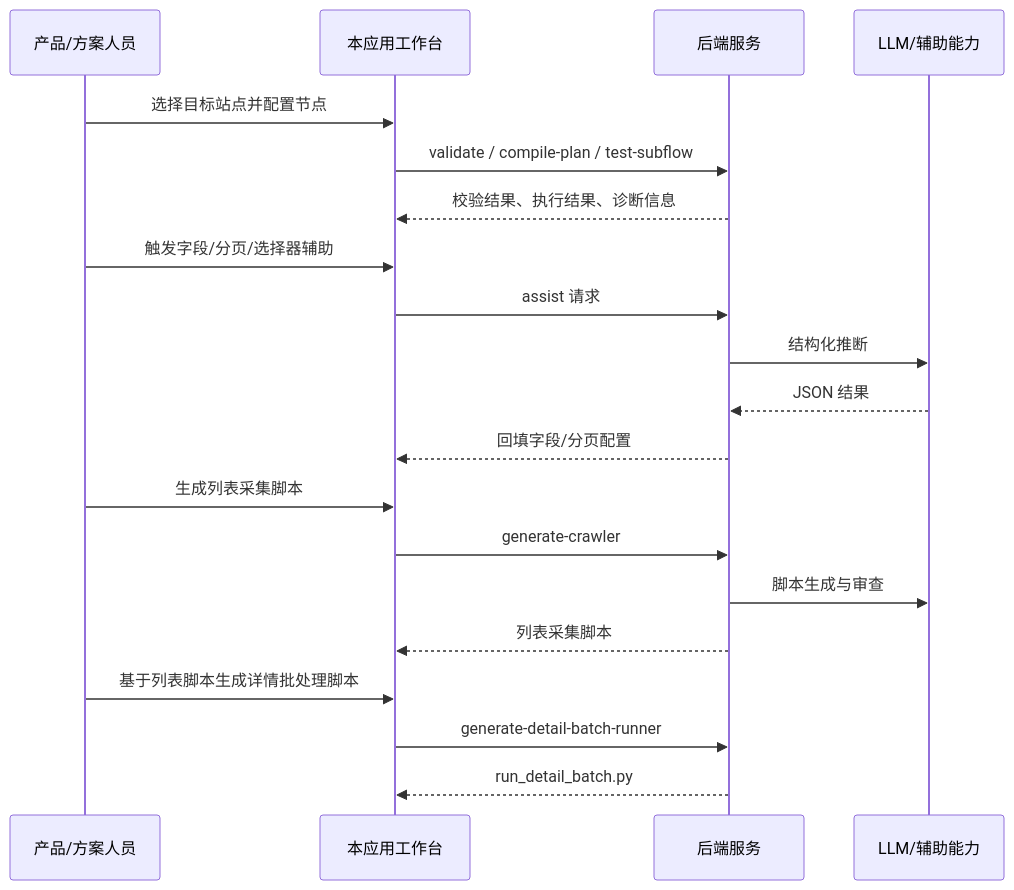
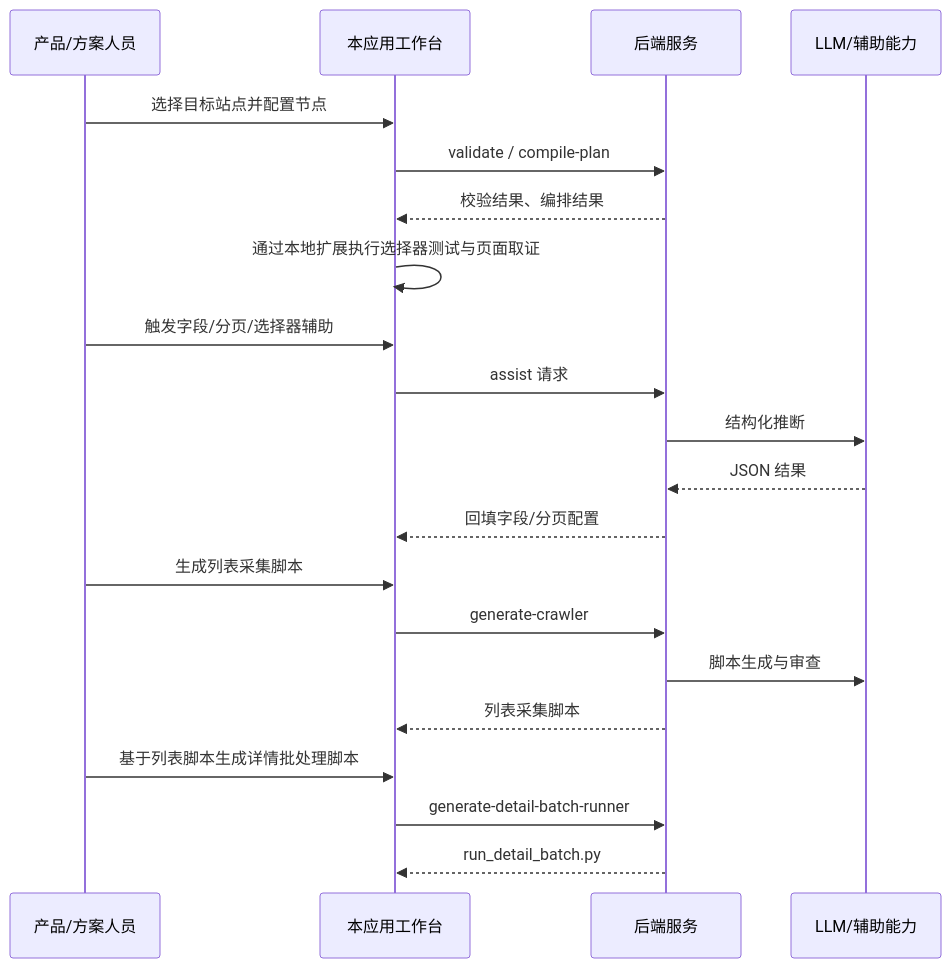
Before and after one commit to tuisemo/crawler-pipeline-builder: the fifth of 7 diagrams in docs/product-planning-guide.md, drawn with Mermaid. The commit also changed other lines of this file and 86 other files, not shown here.

First line of the commit message:
refactor: migrate to stateless extension bridge architecture

````diff
--- a/docs/product-planning-guide.md
+++ b/docs/product-planning-guide.md
@@ -216,23 +220,24 @@
 ```mermaid
 sequenceDiagram
     participant P as 产品/方案人员
     participant W as 本应用工作台
     participant B as 后端服务
     participant L as LLM/辅助能力
 
     P->>W: 选择目标站点并配置节点
-    W->>B: validate / compile-plan / test-subflow
-    B-->>W: 校验结果、执行结果、诊断信息
+    W->>B: validate / compile-plan
+    B-->>W: 校验结果、编排结果
+    W->>W: 通过本地扩展执行选择器测试与页面取证
     P->>W: 触发字段/分页/选择器辅助
     W->>B: assist 请求
     B->>L: 结构化推断
     L-->>B: JSON 结果
     B-->>W: 回填字段/分页配置
     P->>W: 生成列表采集脚本
     W->>B: generate-crawler
     B->>L: 脚本生成与审查
     B-->>W: 列表采集脚本
     P->>W: 基于列表脚本生成详情批处理脚本
     W->>B: generate-detail-batch-runner
     B-->>W: run_detail_batch.py
 ```
````
